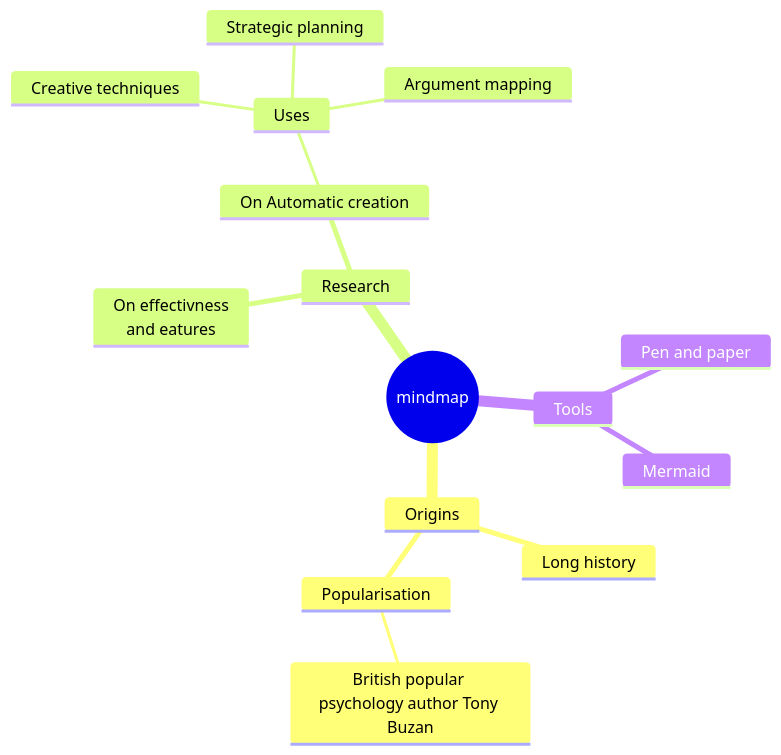
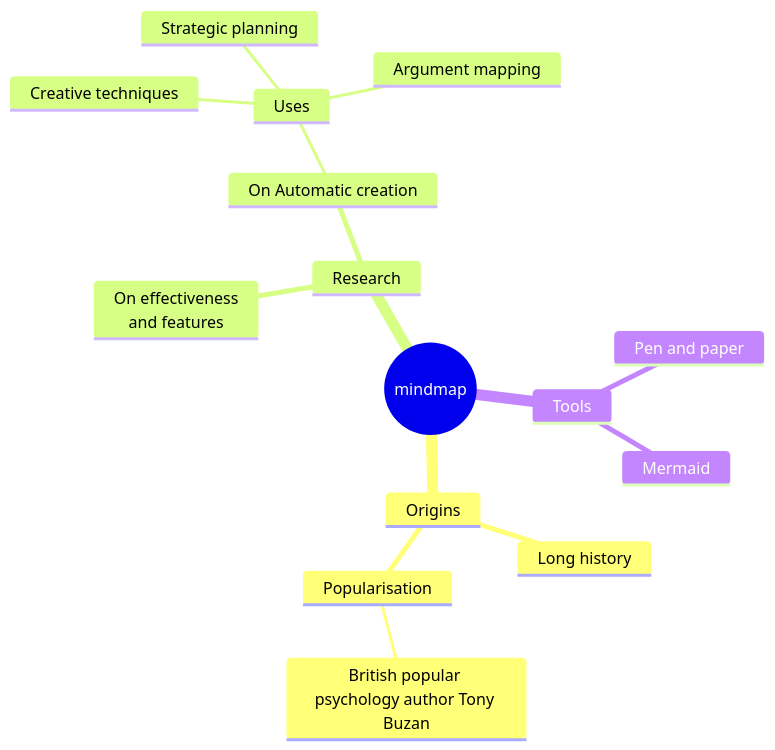
The first of 3 diagrams in packages/mermaid/src/docs/syntax/mindmap.md (mermaid-js/mermaid), drawn with Mermaid before and after one commit. The commit also changed 6 other files, not shown here.

````diff
--- a/packages/mermaid/src/docs/syntax/mindmap.md
+++ b/packages/mermaid/src/docs/syntax/mindmap.md
@@ -9,20 +9,20 @@
 ```mermaid
 mindmap
   root((mindmap))
     Origins
       Long history
       ::icon(fa fa-book)
       Popularisation
         British popular psychology author Tony Buzan
     Research
-      On effectivness<br/>and eatures
+      On effectiveness<br/>and features
       On Automatic creation
         Uses
             Creative techniques
             Strategic planning
             Argument mapping
     Tools
       Pen and paper
       Mermaid
 
 ```
````
